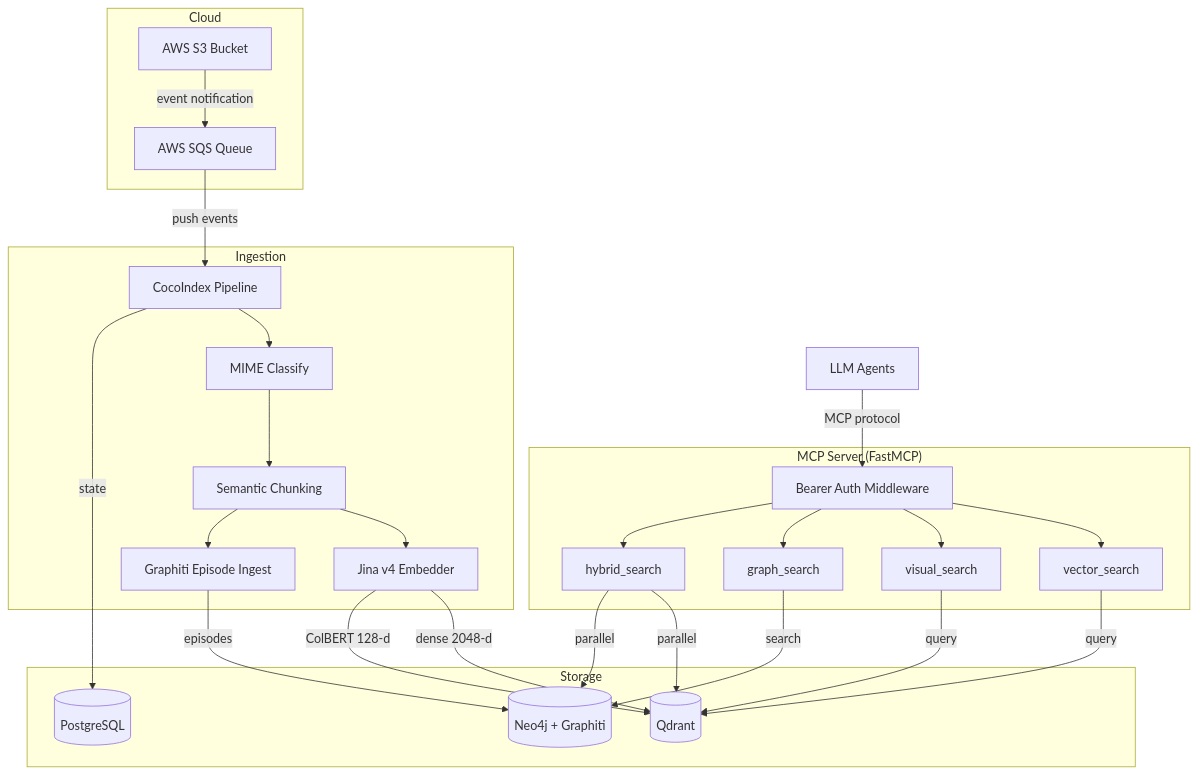
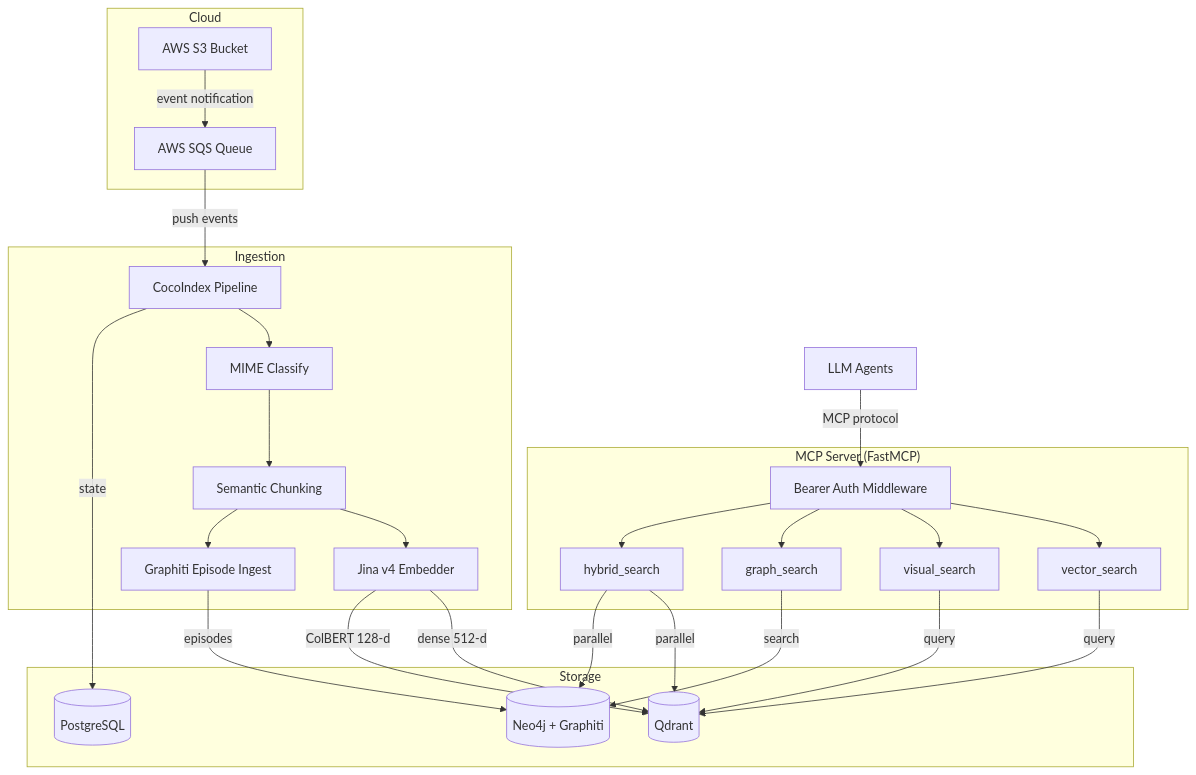
One commit to dollro/spektr changed the diagram in docs/architecture/overview.md. Above: the diagram before and after it, drawn with Mermaid. The commit also changed other lines of this file and 14 other files, not shown here.

First line of the commit message:
docs: update architecture docs, config, and CLAUDE.md

````diff
--- a/docs/architecture/overview.md
+++ b/docs/architecture/overview.md
@@ -7,46 +7,46 @@
 ```mermaid
 graph TB
     subgraph Cloud
         S3[AWS S3 Bucket]
         SQS[AWS SQS Queue]
     end
 
     subgraph Ingestion
         Pipeline[CocoIndex Pipeline]
         Classify[MIME Classify]
         Chunk[Semantic Chunking]
         Embed[Jina v4 Embedder]
         Extract[Graphiti Episode Ingest]
     end
 
     subgraph Storage
         Qdrant[(Qdrant)]
         Neo4j[(Neo4j + Graphiti)]
         PG[(PostgreSQL)]
     end
 
     subgraph "MCP Server (FastMCP)"
         Auth[Bearer Auth Middleware]
         VS[vector_search]
         VIS[visual_search]
         GS[graph_search]
         HS[hybrid_search]
     end
 
     Agent[LLM Agents]
 
     S3 -->|event notification| SQS
     SQS -->|push events| Pipeline
     Pipeline --> Classify --> Chunk --> Embed
     Chunk --> Extract
-    Embed -->|dense 2048-d| Qdrant
+    Embed -->|dense 512-d| Qdrant
     Embed -->|ColBERT 128-d| Qdrant
     Extract -->|episodes| Neo4j
     Pipeline -->|state| PG
 
     Agent -->|MCP protocol| Auth
     Auth --> VS & VIS & GS & HS
     VS & VIS -->|query| Qdrant
     GS -->|search| Neo4j
     HS -->|parallel| Qdrant & Neo4j
 ```
````
